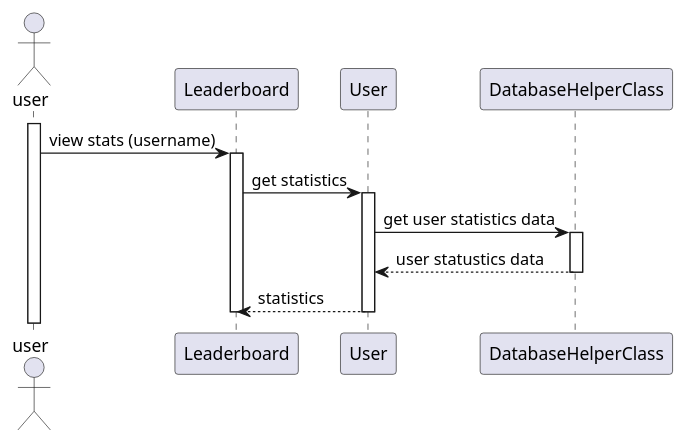
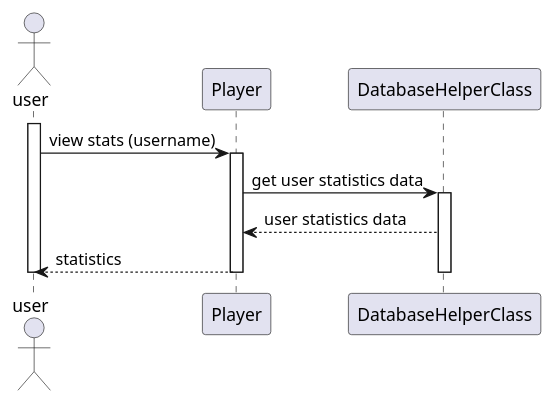
One commit to PolyPong/PolyPong changed the diagram in doc/sequencediagrams/fr10.puml. Above: the diagram before and after it, drawn with PlantUML. The commit also changed 6 other files, not shown here.

```diff
--- a/doc/sequencediagrams/fr10.puml
+++ b/doc/sequencediagrams/fr10.puml
@@ -1,22 +1,20 @@
 @startuml
 actor user
 
-participant Leaderboard as L
-participant User as U
+
+participant Player as U
 participant DatabaseHelperClass as db
 
 activate user
-user -> L: view stats (username)
-        activate L
-                L -> U: get statistics
+user -> U: view stats (username)
+
                 activate U
                 U -> db: get user statistics data
                         activate db
-                db --> U: user statustics data
+                db --> U: user statistics data
+U --> user: statistics
                                 deactivate db
-                U --> L: statistics
-                deactivate L
+
                 deactivate U
-deactivate L
-
+deactivate user
 @enduml
```
